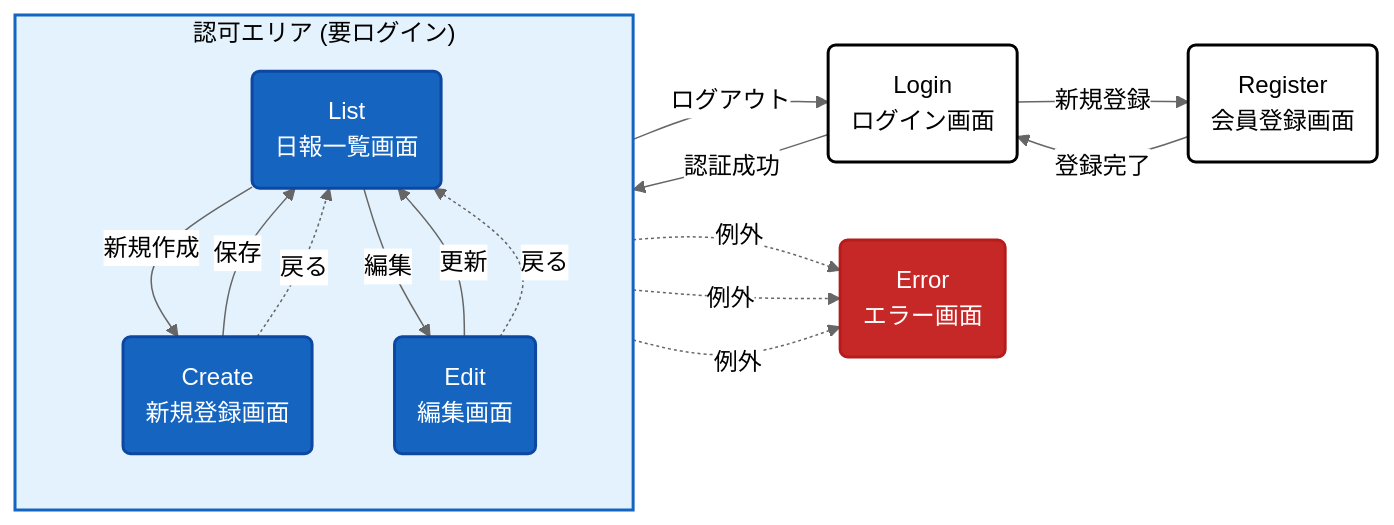
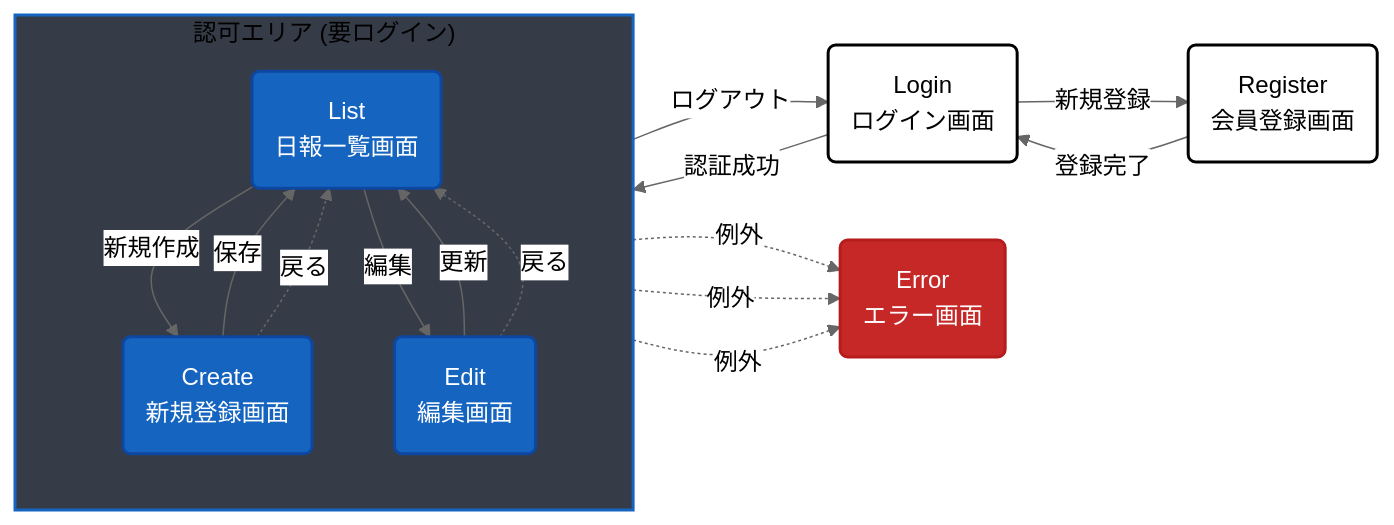
The first of 3 diagrams in README.md (tototo878742/learning-tracker), drawn with Mermaid (neutral theme) before and after one commit.

````diff
--- a/README.md
+++ b/README.md
@@ -46,55 +46,55 @@
 ```mermaid
 graph LR
     %% --- スタイル定義 (ハイコントラスト設定) ---
     %% 文字色(color)と枠線(stroke)を明示的に指定して、背景色に埋没しないように修正
 
     %% 通常ノード: 白背景、黒文字、太い枠
     classDef default fill:#ffffff,stroke:#000000,stroke-width:2px,color:#000000;
     
     %% 認可エリアのノード: 濃いめの青、白文字
     classDef protectedNode fill:#1565c0,stroke:#0d47a1,stroke-width:2px,color:#ffffff;
     
     %% エラー: 濃い赤、白文字
     classDef error fill:#c62828,stroke:#b71c1c,stroke-width:2px,color:#ffffff;
 
     %% 認可エリアの枠線スタイル
-    classDef subgraphStyle fill:#e3f2fd,stroke:#1565c0,stroke-width:2px,color:#000000;
+    classDef subgraphStyle fill:#363c47,stroke:#1565c0,stroke-width:2px,color:#000000;
 
 
     %% --- ノード定義 ---
     Login(Login<br>ログイン画面)
     Register(Register<br>会員登録画面)
     Error(Error<br>エラー画面):::error
 
     %% --- 認可エリア ---
     subgraph Protected ["認可エリア (要ログイン)"]
         direction TB
         List(List<br>日報一覧画面):::protectedNode
         Create(Create<br>新規登録画面):::protectedNode
         Edit(Edit<br>編集画面):::protectedNode
     end
     
     %% Subgraph自体のスタイル適用（環境によっては効かない場合もありますが、可能な限り調整）
     class Protected subgraphStyle
 
     %% --- メインフロー (左→右) ---
     Login -->|認証成功| List
     Login -->|新規登録| Register
     Register -->|登録完了| Login
 
     %% --- 認可エリア内の操作 ---
     List -->|新規作成| Create
     List -->|編集| Edit
     List -->|ログアウト| Login
 
     %% --- 戻りフロー ---
     Create -->|保存| List
     Create -.->|戻る| List
     Edit -->|更新| List
     Edit -.->|戻る| List
 
     %% --- 例外フロー ---
     List -.->|例外| Error
     Create -.->|例外| Error
     Edit -.->|例外| Error
 ```
````
